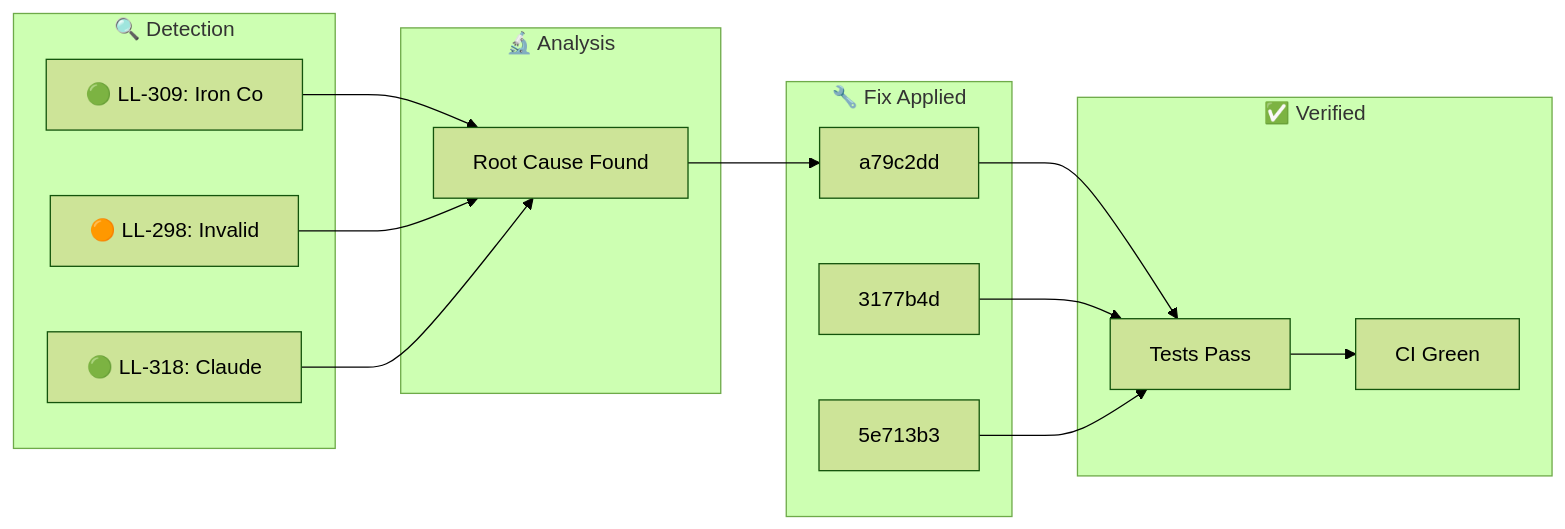
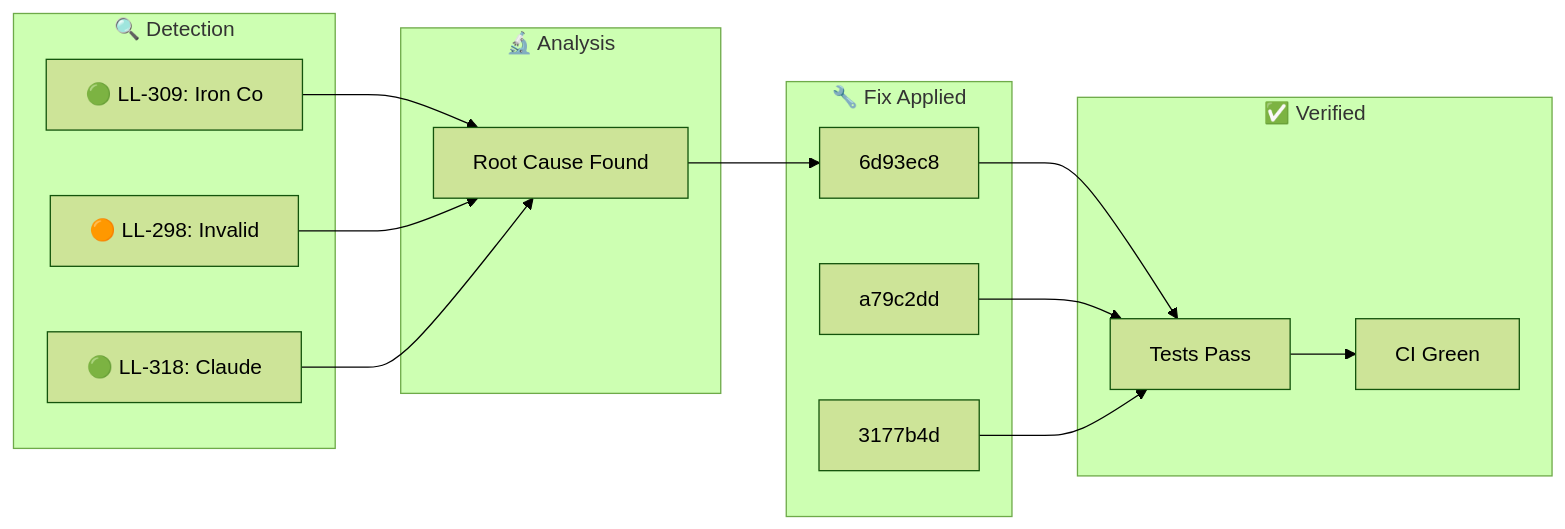
The diagram in docs/_posts/2026-01-28-ralph-discovery.md (YoByron/trading), drawn with Mermaid (forest theme) before and after one commit. The commit also changed other lines of this file, not shown here.

Commit message:
docs(ralph): Auto-publish discovery blog post

````diff
--- a/docs/_posts/2026-01-28-ralph-discovery.md
+++ b/docs/_posts/2026-01-28-ralph-discovery.md
@@ -17,28 +17,28 @@
 ```mermaid
 flowchart LR
     subgraph Detection["🔍 Detection"]
         D1["🟢 LL-309: Iron Co"]
         D2["🟠 LL-298: Invalid"]
         D3["🟢 LL-318: Claude "]
     end
     subgraph Analysis["🔬 Analysis"]
         A1["Root Cause Found"]
     end
     subgraph Fix["🔧 Fix Applied"]
-        F1["a79c2dd"]
-        F2["3177b4d"]
-        F3["5e713b3"]
+        F1["6d93ec8"]
+        F2["a79c2dd"]
+        F3["3177b4d"]
     end
     subgraph Verify["✅ Verified"]
         V1["Tests Pass"]
         V2["CI Green"]
     end
     D1 --> A1
     D2 --> A1
     D3 --> A1
     A1 --> F1
     F1 --> V1
     F2 --> V1
     F3 --> V1
     V1 --> V2
 ```
````
